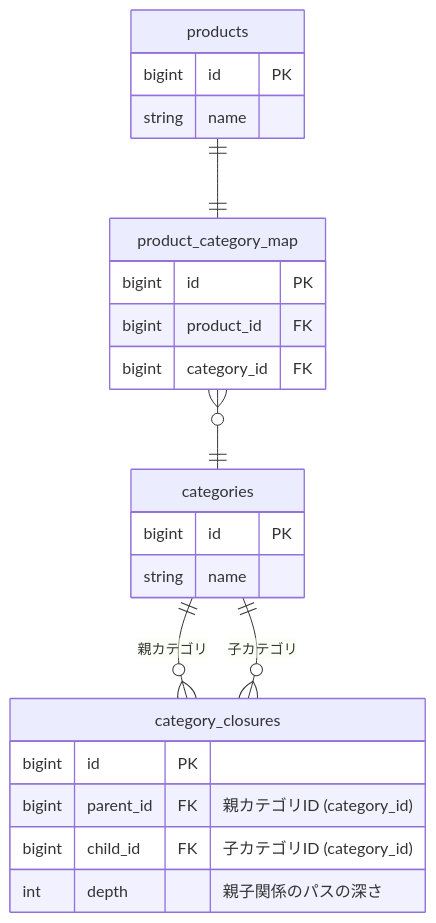
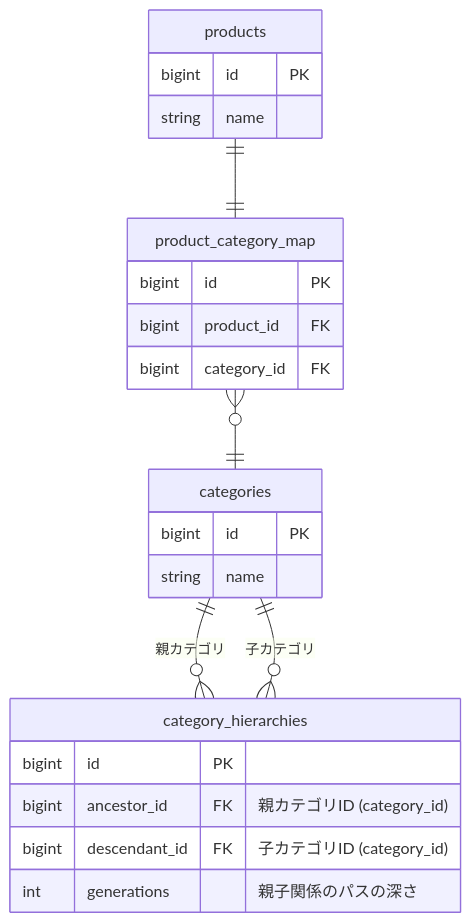
One commit to kuroweb/price-monitoring changed the second of 11 diagrams in README.md. Above: the diagram before and after it, drawn with Mermaid. The commit also changed 9 other files, not shown here.

````diff
--- a/README.md
+++ b/README.md
@@ -70,27 +70,27 @@
 ```mermaid
 erDiagram
   products {
     bigint id PK
     string name
   }
   product_category_map {
     bigint id PK
     bigint product_id FK
     bigint category_id FK
   }
   categories {
     bigint id PK
     string name
   }
-  category_closures {
+  category_hierarchies {
     bigint id PK
-    bigint parent_id FK "親カテゴリID (category_id)"
-    bigint child_id FK "子カテゴリID (category_id)"
-    int depth "親子関係のパスの深さ"
+    bigint ancestor_id FK "親カテゴリID (category_id)"
+    bigint descendant_id FK "子カテゴリID (category_id)"
+    int generations "親子関係のパスの深さ"
   }
 
   products ||--|| product_category_map : ""
   product_category_map }o--|| categories : ""
-  categories ||--o{ category_closures : "親カテゴリ"
-  categories ||--o{ category_closures : "子カテゴリ"
+  categories ||--o{ category_hierarchies : "親カテゴリ"
+  categories ||--o{ category_hierarchies : "子カテゴリ"
 ```
````
